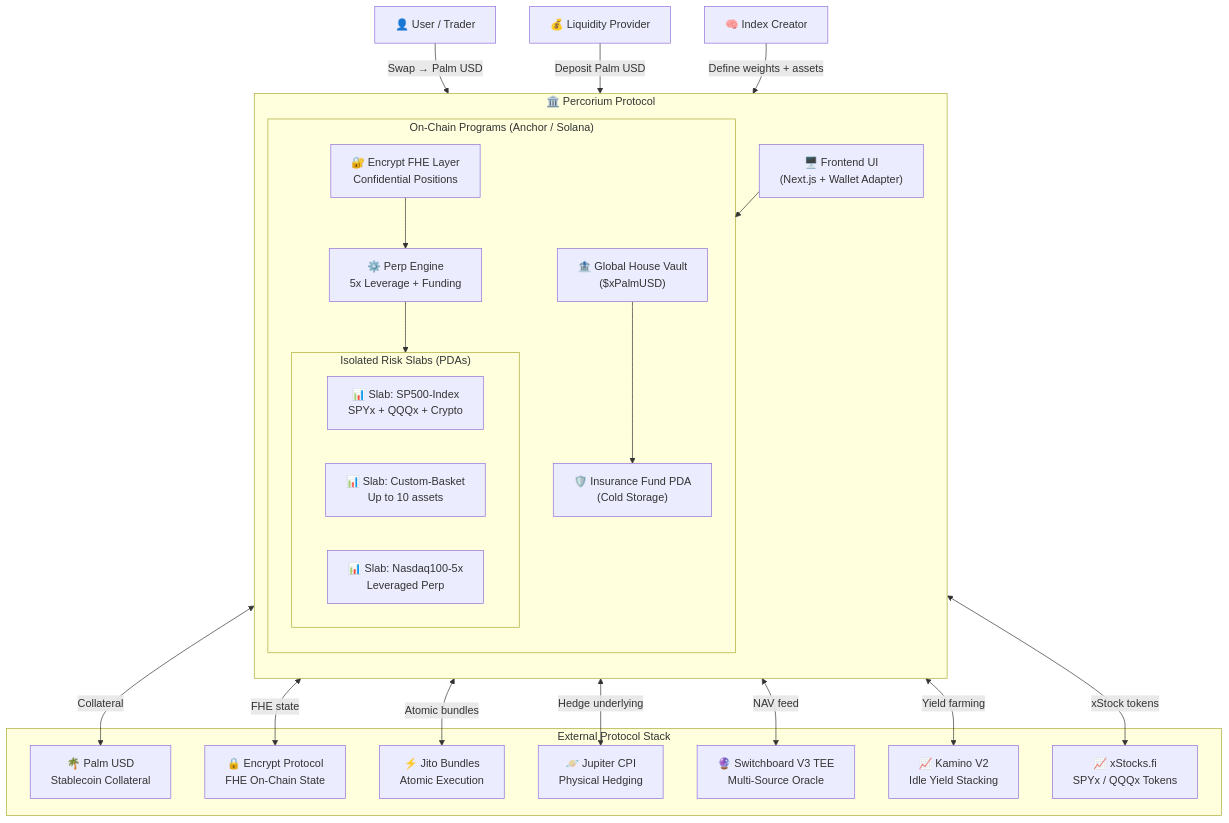
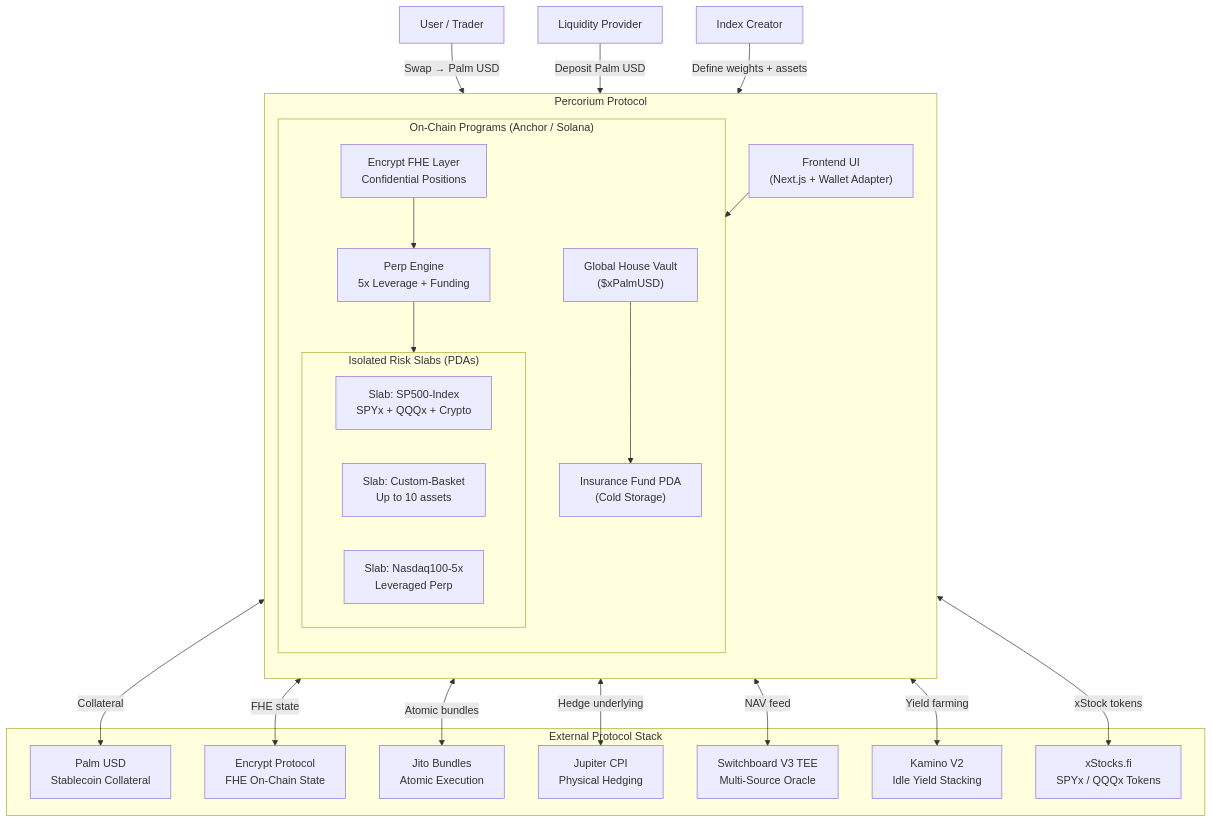
The first of 7 diagrams in README.md (thetruesammyjay/Percorium), drawn with Mermaid before and after one commit. The commit also changed other lines of this file and 2 other files, not shown here.

````diff
--- a/README.md
+++ b/README.md
@@ -56,50 +56,50 @@
 ```mermaid
 graph TB
-    User["👤 User / Trader"]
-    LP["💰 Liquidity Provider"]
-    Creator["🧠 Index Creator"]
+    User["User / Trader"]
+    LP["Liquidity Provider"]
+    Creator["Index Creator"]
 
-    subgraph Percorium["🏛️ Percorium Protocol"]
+    subgraph Percorium["Percorium Protocol"]
         direction TB
-        Frontend["🖥️ Frontend UI\n(Next.js + Wallet Adapter)"]
+        Frontend["Frontend UI\n(Next.js + Wallet Adapter)"]
         
         subgraph OnChain["On-Chain Programs (Anchor / Solana)"]
-            GHV["🏦 Global House Vault\n($xPalmUSD)"]
-            Insurance["🛡️ Insurance Fund PDA\n(Cold Storage)"]
+            GHV["Global House Vault\n($xPalmUSD)"]
+            Insurance["Insurance Fund PDA\n(Cold Storage)"]
             
             subgraph Slabs["Isolated Risk Slabs (PDAs)"]
-                Slab1["📊 Slab: SP500-Index\nSPYx + QQQx + Crypto"]
-                Slab2["📊 Slab: Custom-Basket\nUp to 10 assets"]
-                Slab3["📊 Slab: Nasdaq100-5x\nLeveraged Perp"]
+                Slab1["Slab: SP500-Index\nSPYx + QQQx + Crypto"]
+                Slab2["Slab: Custom-Basket\nUp to 10 assets"]
+                Slab3["Slab: Nasdaq100-5x\nLeveraged Perp"]
             end
             
-            PerpEngine["⚙️ Perp Engine\n5x Leverage + Funding"]
-            FHELayer["🔐 Encrypt FHE Layer\nConfidential Positions"]
+            PerpEngine["Perp Engine\n5x Leverage + Funding"]
+            FHELayer["Encrypt FHE Layer\nConfidential Positions"]
         end
     end
 
     subgraph ExternalStack["External Protocol Stack"]
-        PalmUSD["🌴 Palm USD\nStablecoin Collateral"]
-        Encrypt["🔒 Encrypt Protocol\nFHE On-Chain State"]
-        Jito["⚡ Jito Bundles\nAtomic Execution"]
-        Jupiter["🪐 Jupiter CPI\nPhysical Hedging"]
-        Switchboard["🔮 Switchboard V3 TEE\nMulti-Source Oracle"]
-        Kamino["📈 Kamino V2\nIdle Yield Stacking"]
-        xStocks["📈 xStocks.fi\nSPYx / QQQx Tokens"]
+        PalmUSD["Palm USD\nStablecoin Collateral"]
+        Encrypt["Encrypt Protocol\nFHE On-Chain State"]
+        Jito["Jito Bundles\nAtomic Execution"]
+        Jupiter["Jupiter CPI\nPhysical Hedging"]
+        Switchboard["Switchboard V3 TEE\nMulti-Source Oracle"]
+        Kamino["Kamino V2\nIdle Yield Stacking"]
+        xStocks["xStocks.fi\nSPYx / QQQx Tokens"]
     end
 
     User -->|"Swap → Palm USD"| Frontend
     LP -->|"Deposit Palm USD"| GHV
     Creator -->|"Define weights + assets"| Slabs
     Frontend --> OnChain
     GHV <-->|"Yield farming"| Kamino
     GHV --> Insurance
     Slabs <-->|"NAV feed"| Switchboard
     Slabs <-->|"Hedge underlying"| Jupiter
     Slabs <-->|"xStock tokens"| xStocks
     OnChain <-->|"Atomic bundles"| Jito
     OnChain <-->|"FHE state"| Encrypt
     GHV <-->|"Collateral"| PalmUSD
     PerpEngine --> Slabs
     FHELayer --> PerpEngine
 ```
````
